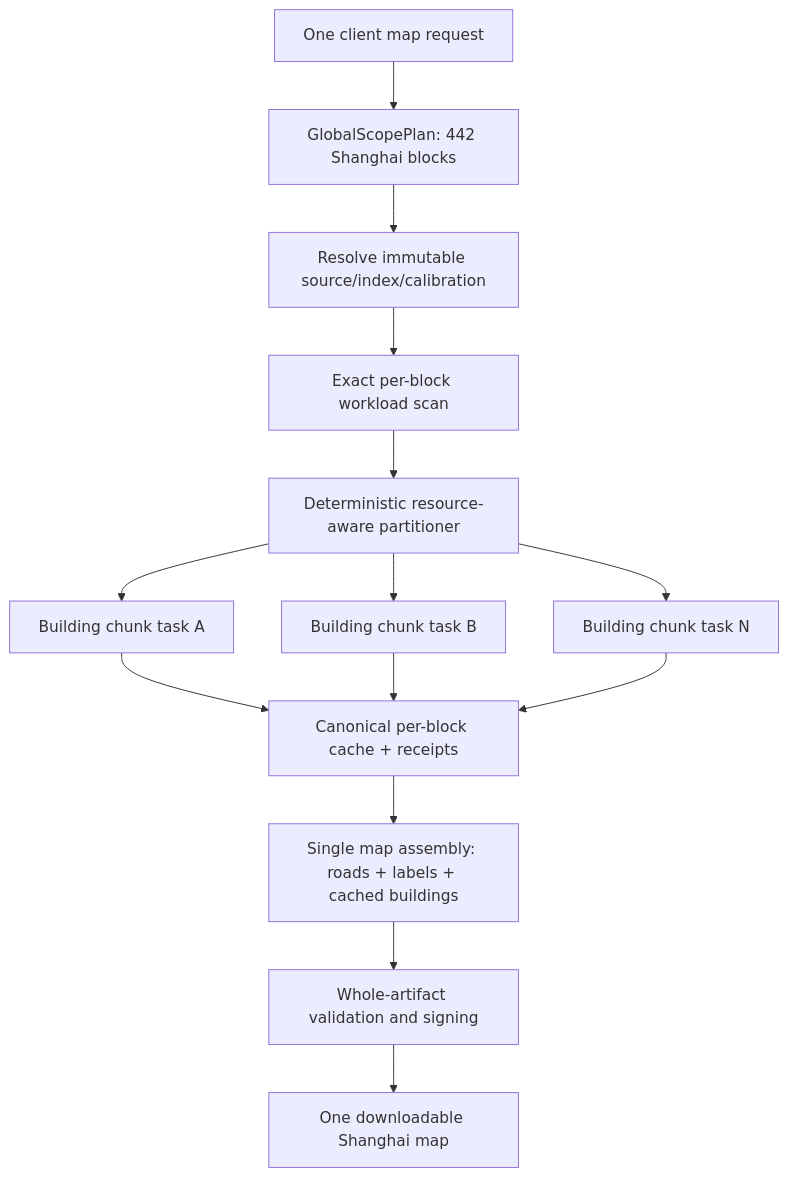
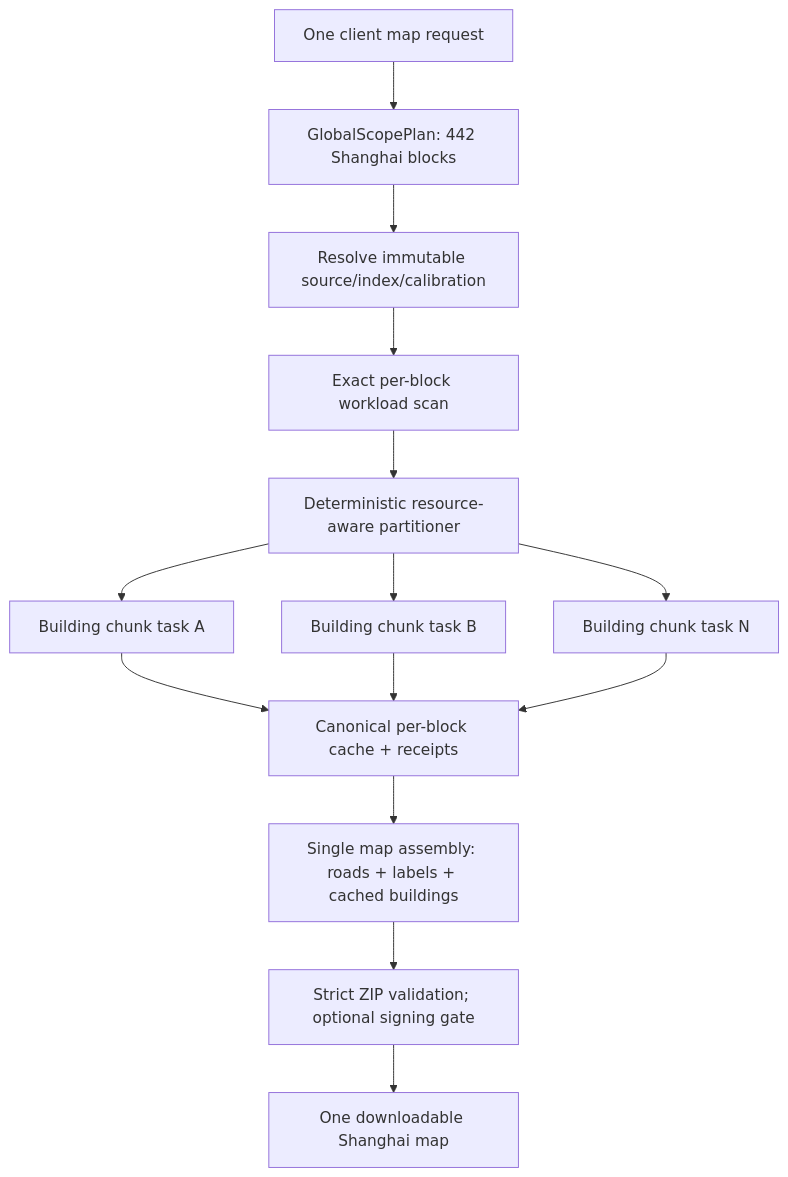
Before and after one commit to seichris/open-bike-computer: the diagram in docs/plans/shanghai-city-scale-3d-map-orchestration-implementation-plan.md, drawn with Mermaid. The commit also changed other lines of this file and 1 other file, not shown here.

Commit message:
Record exact Shanghai cold validation

````diff
--- a/docs/plans/shanghai-city-scale-3d-map-orchestration-implementation-plan.md
+++ b/docs/plans/shanghai-city-scale-3d-map-orchestration-implementation-plan.md
@@ -371,16 +402,16 @@
 ```mermaid
 flowchart TD
     R["One client map request"] --> G["GlobalScopePlan: 442 Shanghai blocks"]
     G --> S["Resolve immutable source/index/calibration"]
     S --> W["Exact per-block workload scan"]
     W --> P["Deterministic resource-aware partitioner"]
     P --> C1["Building chunk task A"]
     P --> C2["Building chunk task B"]
     P --> CN["Building chunk task N"]
     C1 --> B["Canonical per-block cache + receipts"]
     C2 --> B
     CN --> B
     B --> A["Single map assembly: roads + labels + cached buildings"]
-    A --> V["Whole-artifact validation and signing"]
+    A --> V["Strict ZIP validation; optional signing gate"]
     V --> D["One downloadable Shanghai map"]
 ```
````
